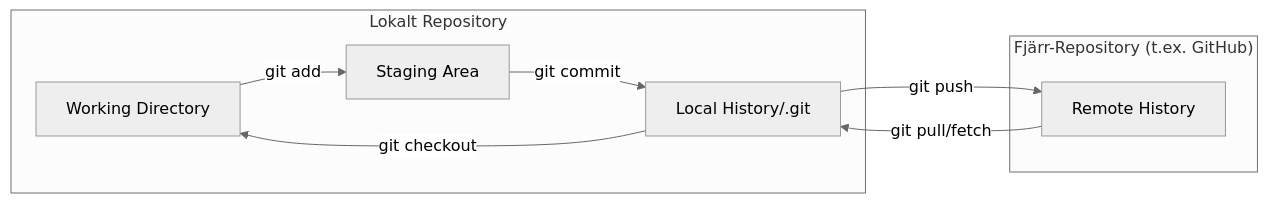
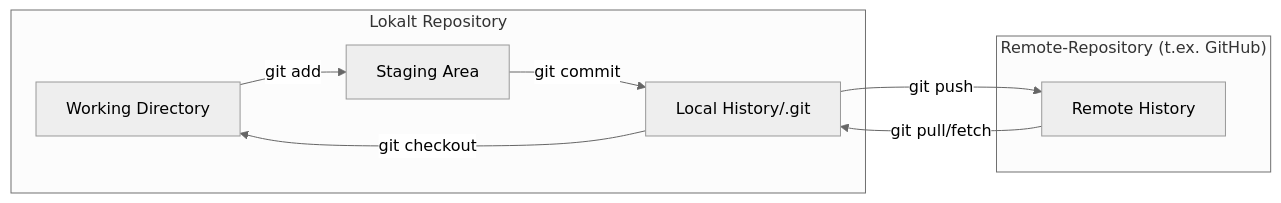
One commit to Glimakra-Webbutvecklare/kursbok changed the diagram in src/kapitel_2/git-intro.md. Above: the diagram before and after it, drawn with Mermaid (neutral theme). The commit also changed other lines of this file and 3 other files, not shown here.

Commit message:
ta bort fjärr, använd remote istället

````diff
--- a/src/kapitel_2/git-intro.md
+++ b/src/kapitel_2/git-intro.md
@@ -50,15 +50,15 @@
 ```mermaid
 graph LR
     subgraph "Lokalt Repository"
         WD["Working Directory"] -- "git add" --> SA["Staging Area"];
         SA -- "git commit" --> LH["Local History/.git"];
     end
 
-    subgraph "Fjärr-Repository (t.ex. GitHub)"
+    subgraph "Remote-Repository (t.ex. GitHub)"
       RH["Remote History"]
     end
 
     LH -- "git push" --> RH;
     RH -- "git pull/fetch" --> LH;
     LH -- "git checkout" --> WD;
 ```
````
